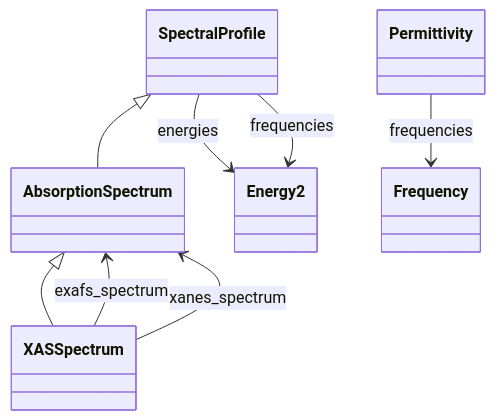
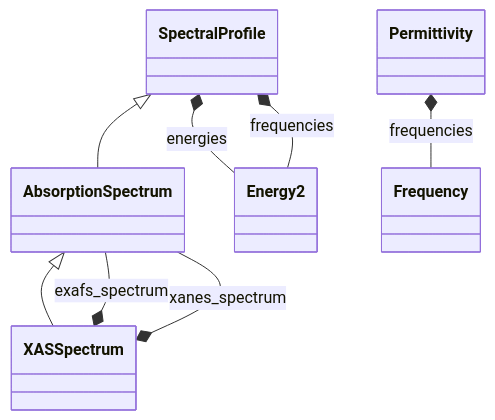
One commit to FAIRmat-NFDI/nomad-simulations changed the diagram in docs/schema/spectroscopy.diagram.md. Above: the diagram before and after it, drawn with Mermaid. The commit also changed other lines of this file and 34 other files, not shown here.

````diff
--- a/docs/schema/spectroscopy.diagram.md
+++ b/docs/schema/spectroscopy.diagram.md
@@ -14,22 +14,22 @@
 ```mermaid
 classDiagram
     class AbsorptionSpectrum {
     }
     class Energy2 {
     }
     class Frequency {
     }
     class Permittivity {
     }
     class SpectralProfile {
     }
     class XASSpectrum {
     }
     SpectralProfile <|-- AbsorptionSpectrum
     AbsorptionSpectrum <|-- XASSpectrum
-    Permittivity --> Frequency : frequencies
-    SpectralProfile --> Energy2 : energies
-    SpectralProfile --> Energy2 : frequencies
-    XASSpectrum --> AbsorptionSpectrum : exafs_spectrum
-    XASSpectrum --> AbsorptionSpectrum : xanes_spectrum
+    Permittivity *-- Frequency : frequencies
+    SpectralProfile *-- Energy2 : energies
+    SpectralProfile *-- Energy2 : frequencies
+    XASSpectrum *-- AbsorptionSpectrum : exafs_spectrum
+    XASSpectrum *-- AbsorptionSpectrum : xanes_spectrum
 ```
````
